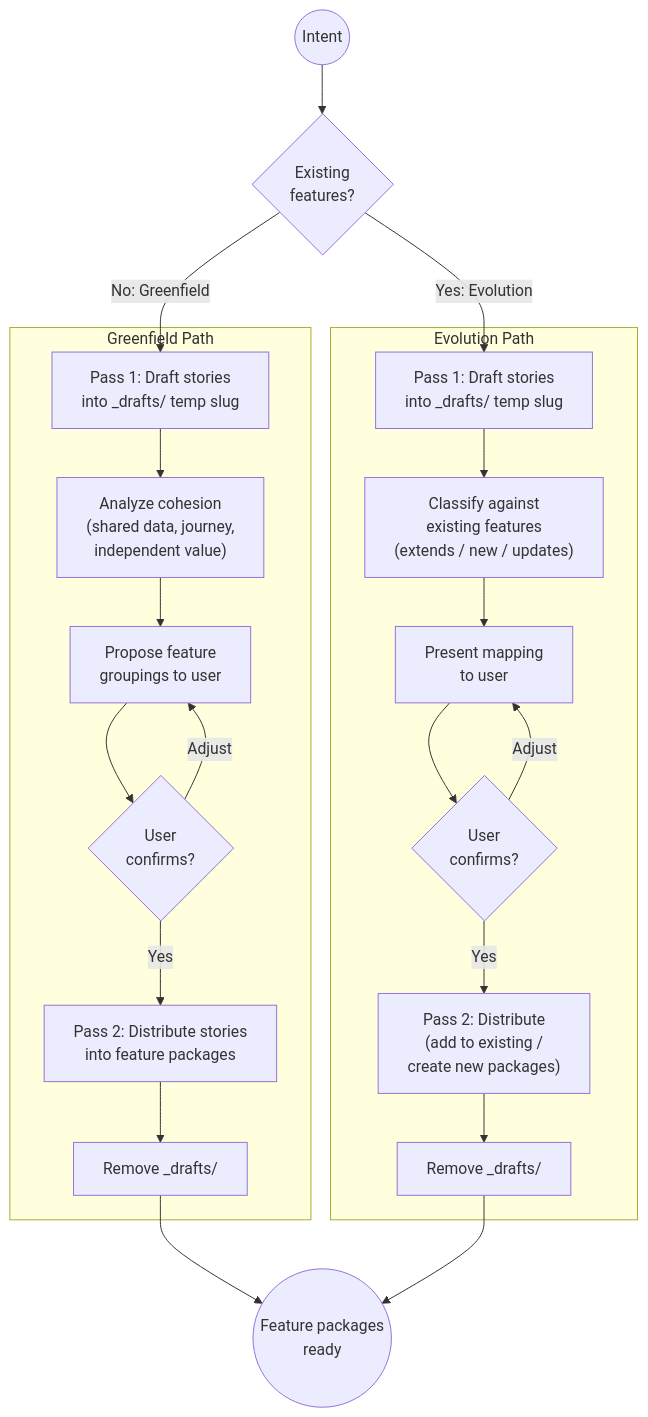
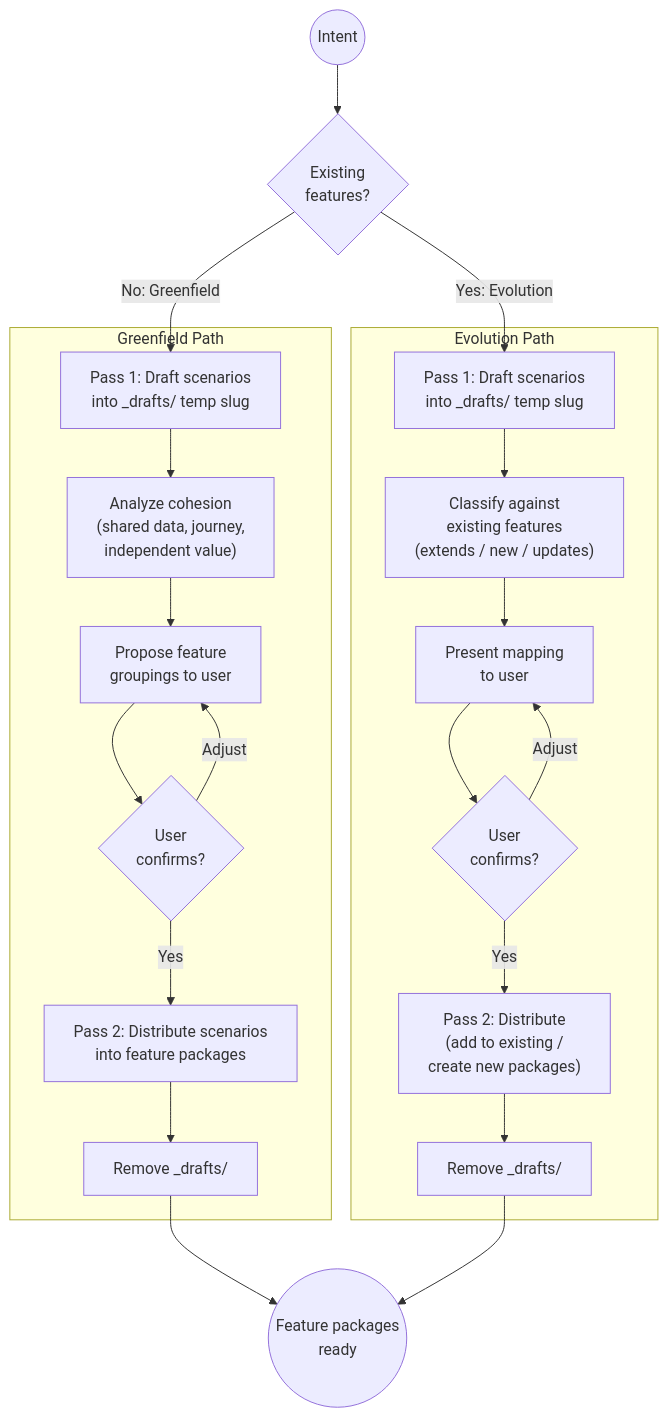
The third of 7 diagrams in skills/proven-needs/SKILL.md (provenimpact/proven-needs), drawn with Mermaid before and after one commit. The commit also changed other lines of this file and 18 other files, not shown here.

First line of the commit message:
feat!: replace stories, spec, and tests with unified Gherkin feature files

````diff
--- a/skills/proven-needs/SKILL.md
+++ b/skills/proven-needs/SKILL.md
@@ -244,42 +246,42 @@
 ```mermaid
 flowchart TD
     START((Intent)) --> CHECK{Existing<br/>features?}
 
     CHECK -->|No: Greenfield| GF_P1
     CHECK -->|Yes: Evolution| EV_P1
 
     subgraph greenfield ["Greenfield Path"]
-        GF_P1["Pass 1: Draft stories<br/>into _drafts/ temp slug"]
+        GF_P1["Pass 1: Draft scenarios<br/>into _drafts/ temp slug"]
         GF_COHESION["Analyze cohesion<br/>(shared data, journey,<br/>independent value)"]
         GF_PROPOSE["Propose feature<br/>groupings to user"]
         GF_CONFIRM{User<br/>confirms?}
-        GF_P2["Pass 2: Distribute stories<br/>into feature packages"]
+        GF_P2["Pass 2: Distribute scenarios<br/>into feature packages"]
         GF_CLEANUP["Remove _drafts/"]
 
         GF_P1 --> GF_COHESION
         GF_COHESION --> GF_PROPOSE
         GF_PROPOSE --> GF_CONFIRM
         GF_CONFIRM -->|Yes| GF_P2
         GF_CONFIRM -->|Adjust| GF_PROPOSE
         GF_P2 --> GF_CLEANUP
     end
 
     subgraph evolution ["Evolution Path"]
-        EV_P1["Pass 1: Draft stories<br/>into _drafts/ temp slug"]
+        EV_P1["Pass 1: Draft scenarios<br/>into _drafts/ temp slug"]
         EV_CLASSIFY["Classify against<br/>existing features<br/>(extends / new / updates)"]
         EV_PROPOSE["Present mapping<br/>to user"]
         EV_CONFIRM{User<br/>confirms?}
         EV_P2["Pass 2: Distribute<br/>(add to existing /<br/>create new packages)"]
         EV_CLEANUP["Remove _drafts/"]
 
         EV_P1 --> EV_CLASSIFY
         EV_CLASSIFY --> EV_PROPOSE
         EV_PROPOSE --> EV_CONFIRM
         EV_CONFIRM -->|Yes| EV_P2
         EV_CONFIRM -->|Adjust| EV_PROPOSE
         EV_P2 --> EV_CLEANUP
     end
 
     GF_CLEANUP --> DONE((Feature packages<br/>ready))
     EV_CLEANUP --> DONE
 ```
````
